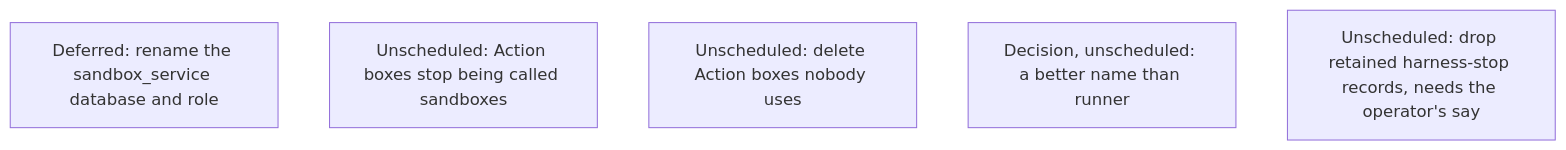
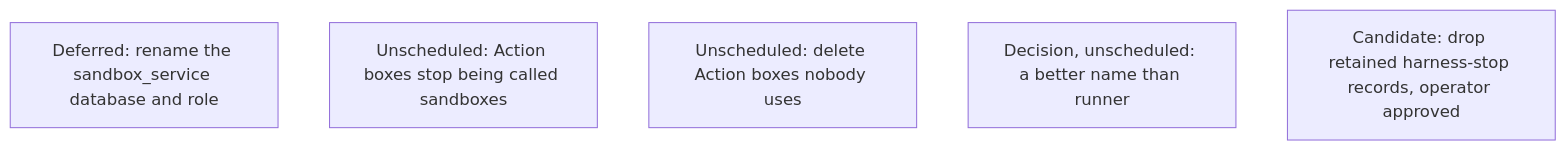
One commit to agentydragon/ducktape changed diagram 12 of 16 in agentplane/plans/task_dag.md. Above: the diagram before and after it, drawn with Mermaid. The commit also changed other lines of this file, not shown here.

First line of the commit message:
agentplane: apply operator rulings to DAG

````diff
--- a/agentplane/plans/task_dag.md
+++ b/agentplane/plans/task_dag.md
@@ -1583,8 +1573,8 @@
 ```mermaid
 flowchart TD
     HISTORY_DATABASE_RENAME[Deferred: rename the sandbox_service database and role]
     ACTION_BOX_RENAME[Unscheduled: Action boxes stop being called sandboxes]
     ACTION_BOX_IDLE_REAPER[Unscheduled: delete Action boxes nobody uses]
     RUNNER_RENAME[Decision, unscheduled: a better name than runner]
-    HARNESS_STOP_HISTORY_CLEANUP[Unscheduled: drop retained harness-stop records, needs the operator's say]
+    HARNESS_STOP_HISTORY_CLEANUP[Candidate: drop retained harness-stop records, operator approved]
 ```
````
